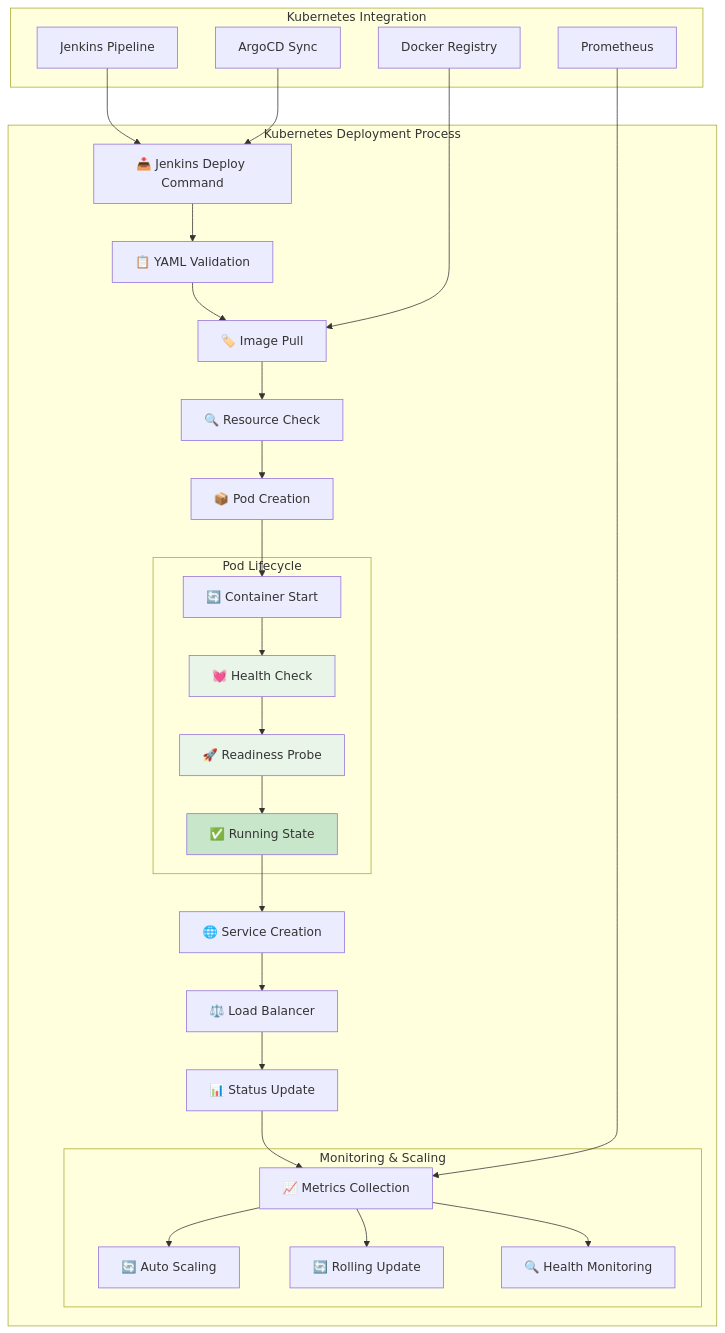
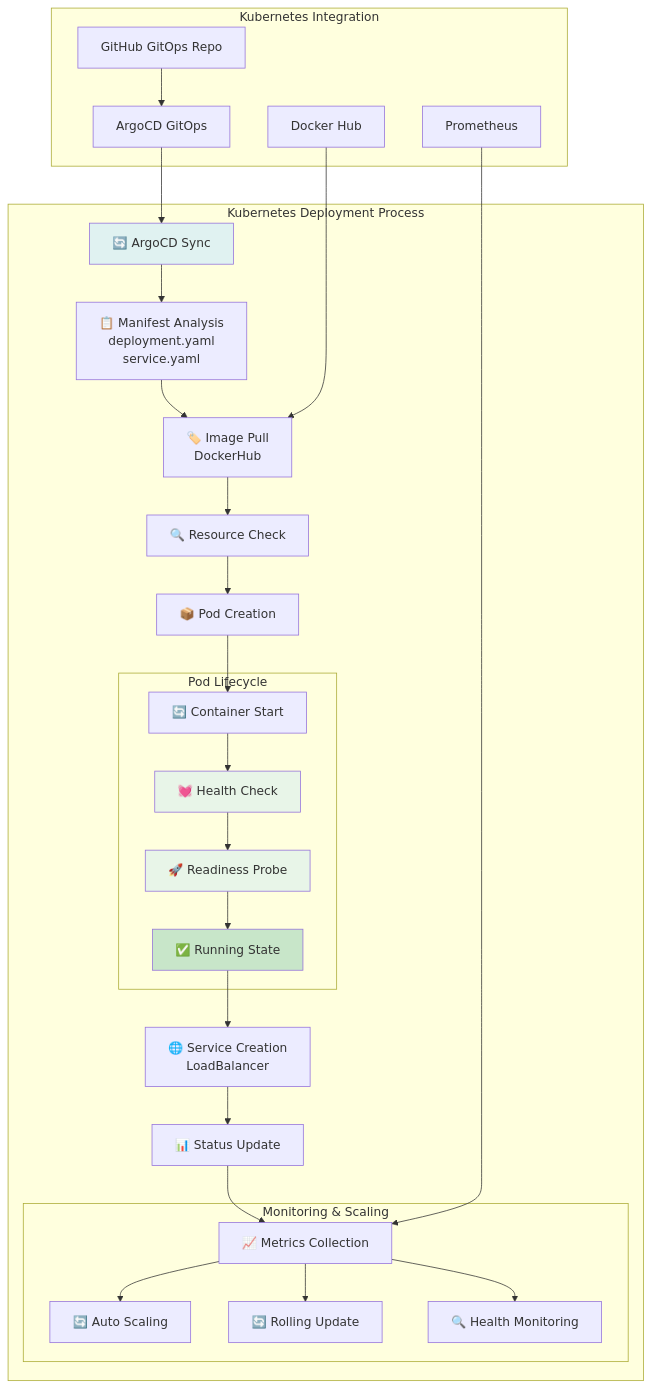
One commit to onurglr/aws-pipeline changed the third of 9 diagrams in detailed-devops-diagrams.md. Above: the diagram before and after it, drawn with Mermaid. The commit also changed other lines of this file and 1 other file, not shown here.

````diff
--- a/detailed-devops-diagrams.md
+++ b/detailed-devops-diagrams.md
@@ -87,48 +82,48 @@
 ```mermaid
 graph TB
     subgraph "Kubernetes Deployment Process"
-        A[📥 Jenkins Deploy Command] --> B[📋 YAML Validation]
-        B --> C[🏷️ Image Pull]
+        A[🔄 ArgoCD Sync] --> B[📋 Manifest Analysis<br/>deployment.yaml<br/>service.yaml]
+        B --> C[🏷️ Image Pull<br/>DockerHub]
         C --> D[🔍 Resource Check]
         D --> E[📦 Pod Creation]
         
         subgraph "Pod Lifecycle"
             E1[🔄 Container Start]
             E2[💓 Health Check]
             E3[🚀 Readiness Probe]
             E4[✅ Running State]
         end
         
         E --> E1
         E1 --> E2
         E2 --> E3
         E3 --> E4
         
-        E4 --> F[🌐 Service Creation]
-        F --> G[⚖️ Load Balancer]
-        G --> H[📊 Status Update]
+        E4 --> F[🌐 Service Creation<br/>LoadBalancer]
+        F --> G[📊 Status Update]
         
         subgraph "Monitoring & Scaling"
-            I[📈 Metrics Collection]
-            J[🔄 Auto Scaling]
-            K[🔄 Rolling Update]
-            L[🔍 Health Monitoring]
+            H[📈 Metrics Collection]
+            I[🔄 Auto Scaling]
+            J[🔄 Rolling Update]
+            K[🔍 Health Monitoring]
         end
         
+        G --> H
         H --> I
-        I --> J
-        I --> K
-        I --> L
+        H --> J
+        H --> K
     end
     
     subgraph "Kubernetes Integration"
-        M[Jenkins Pipeline] --> A
-        N[Docker Registry] --> C
-        O[ArgoCD Sync] --> A
-        P[Prometheus] --> I
+        L[ArgoCD GitOps] --> A
+        M[Docker Hub] --> C
+        N[Prometheus] --> H
+        O[GitHub GitOps Repo] --> L
     end
     
+    style A fill:#e0f2f1
     style E2 fill:#e8f5e8
     style E3 fill:#e8f5e8
     style E4 fill:#c8e6c9
 ```
````
